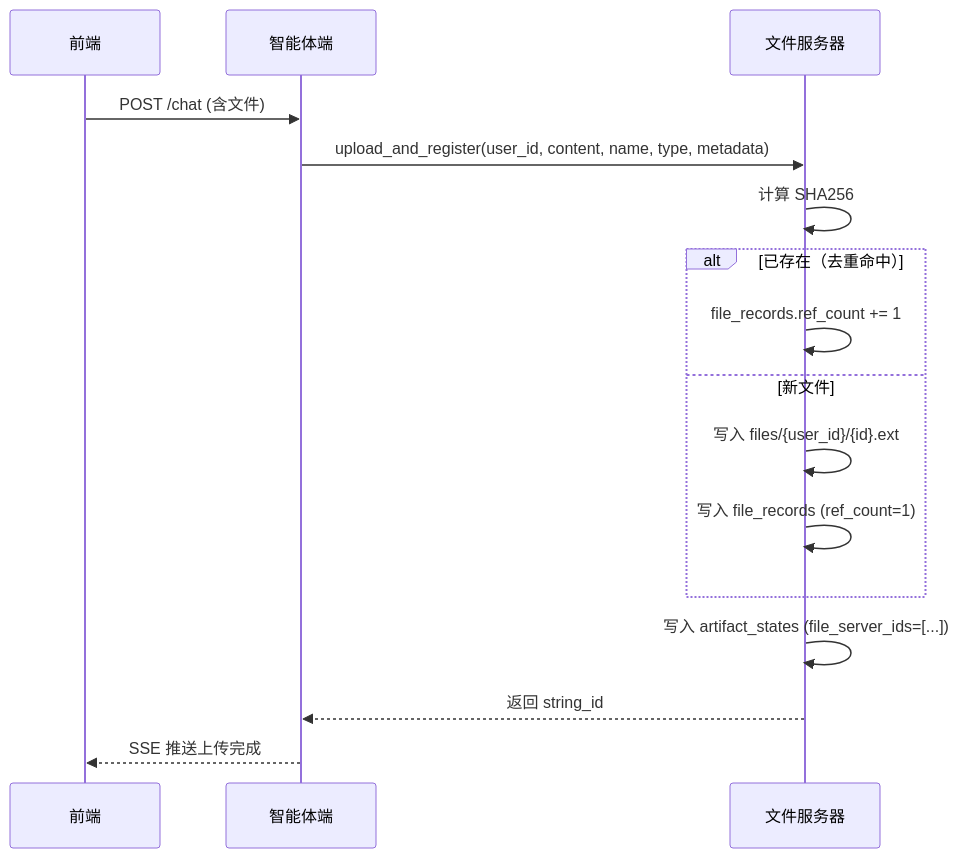
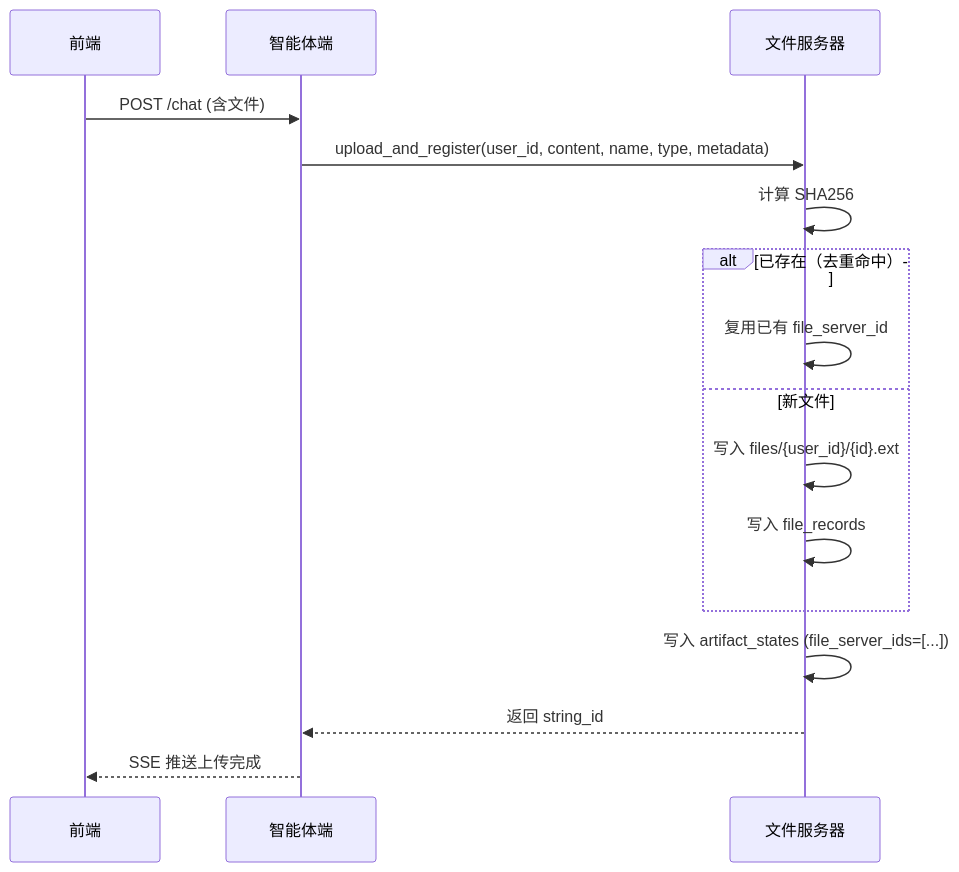
One commit to zhou-tian-yi/laspai-agent-design changed the second of 3 diagrams in LASPAI 智能体文件管理端设计方案.md. Above: the diagram before and after it, drawn with Mermaid. The commit also changed other lines of this file and 4 other files, not shown here.

````diff
--- a/LASPAI 智能体文件管理端设计方案.md
+++ b/LASPAI 智能体文件管理端设计方案.md
@@ -213,19 +229,19 @@
 ```mermaid
 sequenceDiagram
     participant FE as 前端
     participant AG as 智能体端
     participant FS as 文件服务器
 
     FE->>AG: POST /chat (含文件)
     AG->>FS: upload_and_register(user_id, content, name, type, metadata)
     FS->>FS: 计算 SHA256
     alt 已存在（去重命中）
-        FS->>FS: file_records.ref_count += 1
+        FS->>FS: 复用已有 file_server_id
     else 新文件
         FS->>FS: 写入 files/{user_id}/{id}.ext
-        FS->>FS: 写入 file_records (ref_count=1)
+        FS->>FS: 写入 file_records
     end
     FS->>FS: 写入 artifact_states (file_server_ids=[...])
     FS-->>AG: 返回 string_id
     AG-->>FE: SSE 推送上传完成
 ```
````
